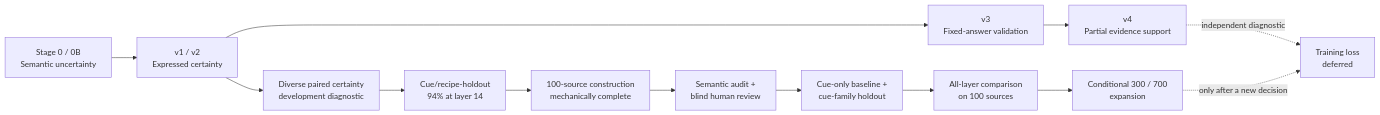
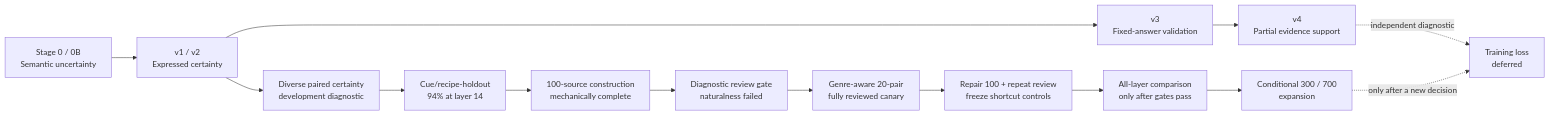
The diagram in README.md (WenyiJin2003/mechanistic-confidence-sdt), drawn with Mermaid before and after one commit. The commit also changed other lines of this file and 18 other files, not shown here.

Commit message:
Add 100-pair review gate and local NLI triage

````diff
--- a/README.md
+++ b/README.md
@@ -102,15 +108,16 @@
 ```mermaid
 flowchart LR
     U["Stage 0 / 0B<br/>Semantic uncertainty"] --> C["v1 / v2<br/>Expressed certainty"]
     C --> S["v3<br/>Fixed-answer validation"]
     S --> E["v4<br/>Partial evidence support"]
     C --> D["Diverse paired certainty<br/>development diagnostic"]
     D --> H["Cue/recipe-holdout<br/>94% at layer 14"]
     E -. "independent diagnostic" .-> T["Training loss<br/>deferred"]
     H --> X["100-source construction<br/>mechanically complete"]
-    X --> R["Semantic audit +<br/>blind human review"]
-    R --> M["Cue-only baseline +<br/>cue-family holdout"]
-    M --> Y["All-layer comparison<br/>on 100 sources"]
+    X --> R["Diagnostic review gate<br/>naturalness failed"]
+    R --> K["Genre-aware 20-pair<br/>fully reviewed canary"]
+    K --> M["Repair 100 + repeat review<br/>freeze shortcut controls"]
+    M --> Y["All-layer comparison<br/>only after gates pass"]
     Y --> Z["Conditional 300 / 700<br/>expansion"]
     Z -. "only after a new decision" .-> T
 ```
````
